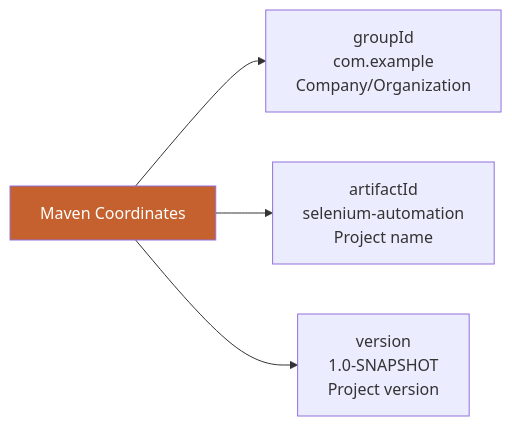
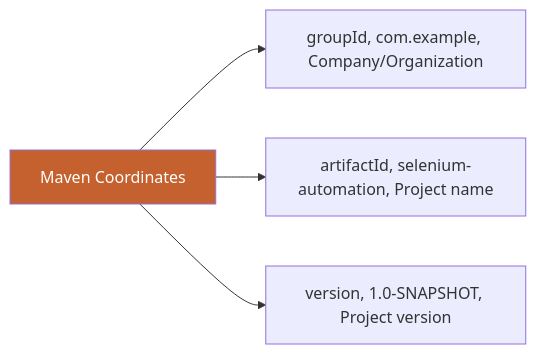
One commit to namnd0806/automation-testing-cource changed the third of 7 diagrams in 03-maven-build-tool.md. Above: the diagram before and after it, drawn with Mermaid. The commit also changed other lines of this file and 4 other files, not shown here.

First line of the commit message:
Fix: Sửa tất cả sơ đồ Mermaid lỗi format

````diff
--- a/03-maven-build-tool.md
+++ b/03-maven-build-tool.md
@@ -190,12 +190,12 @@
 ```mermaid
 graph LR
     A[Maven Coordinates]
     
-    A --> B[groupId<br/>com.example<br/>Company/Organization]
+    A --> B[groupId, com.example, Company/Organization]
     
-    A --> C[artifactId<br/>selenium-automation<br/>Project name]
+    A --> C[artifactId, selenium-automation, Project name]
     
-    A --> D[version<br/>1.0-SNAPSHOT<br/>Project version]
+    A --> D[version, 1.0-SNAPSHOT, Project version]
     
     style A fill:#C4612F,color:#fff
 ```
````
